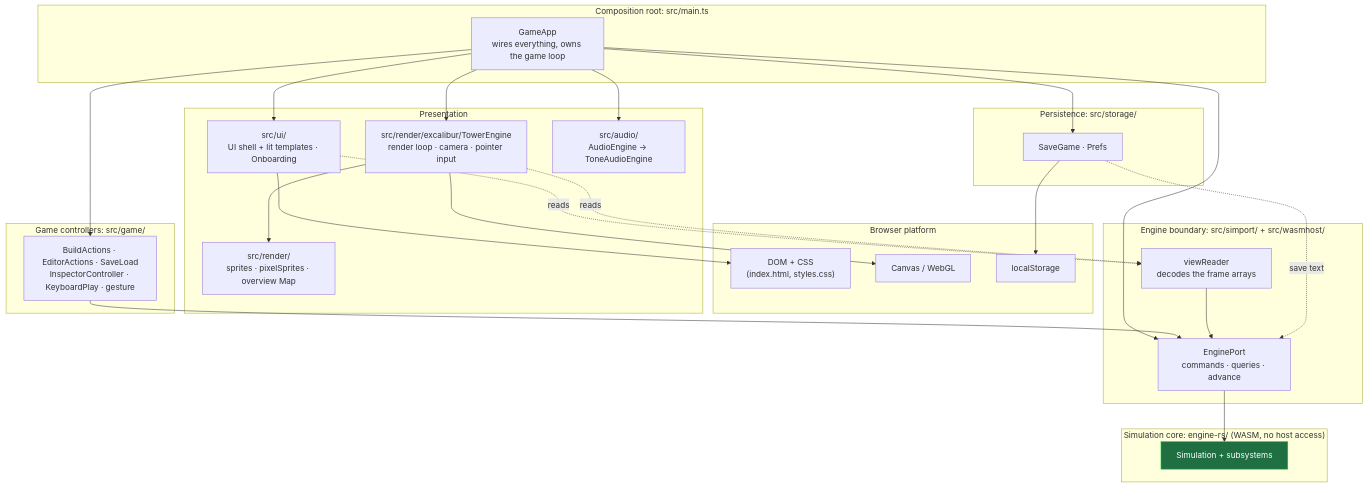
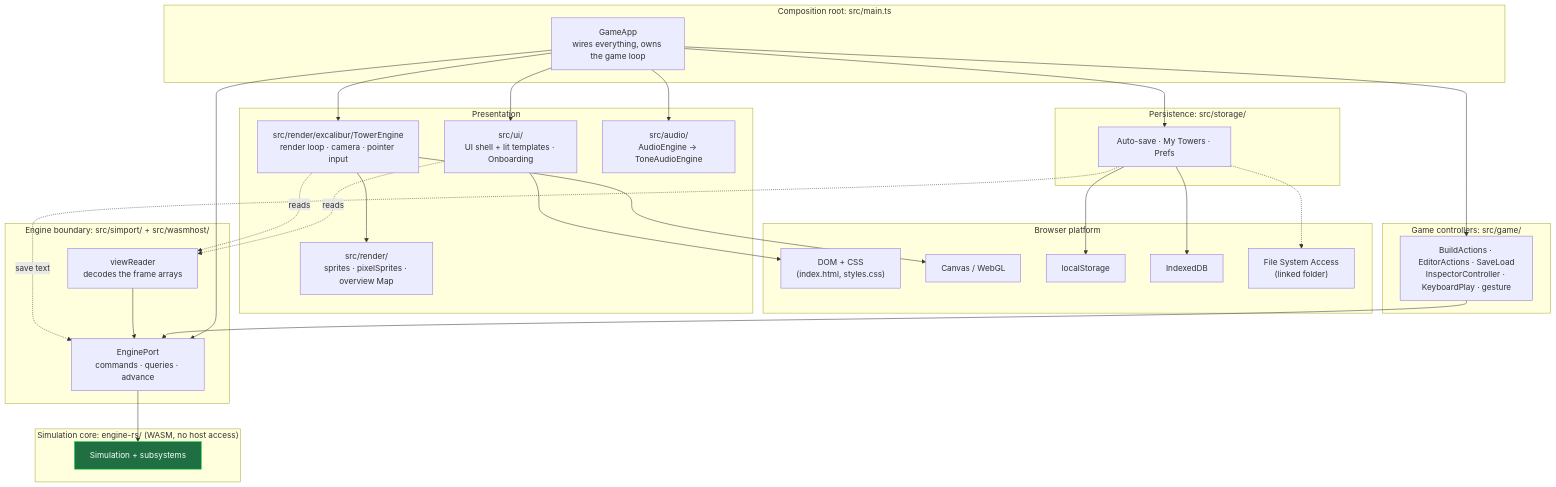
One commit to maniator/verticopolis changed the first of 7 diagrams in ARCHITECTURE.md. Above: the diagram before and after it, drawn with Mermaid. The commit also changed other lines of this file and 21 other files, not shown here.

First line of the commit message:
docs: bring contributor and architecture docs up to one engine

````diff
--- a/ARCHITECTURE.md
+++ b/ARCHITECTURE.md
@@ -63,58 +67,62 @@
 ```mermaid
 flowchart TD
     subgraph browser["Browser platform"]
         DOM["DOM + CSS<br/>(index.html, styles.css)"]
         Canvas["Canvas / WebGL"]
         LS["localStorage"]
+        IDB["IndexedDB"]
+        FSA["File System Access<br/>(linked folder)"]
     end
 
     subgraph root["Composition root: src/main.ts"]
         GameApp["GameApp<br/>wires everything, owns the game loop"]
     end
 
     subgraph controllers["Game controllers: src/game/"]
         Ctl["BuildActions · EditorActions · SaveLoad<br/>InspectorController · KeyboardPlay · gesture"]
     end
 
     subgraph view["Presentation"]
         UI["src/ui/<br/>UI shell + lit templates · Onboarding"]
         Render["src/render/<br/>sprites · pixelSprites · overview Map"]
         Scene["src/render/excalibur/TowerEngine<br/>render loop · camera · pointer input"]
         Audio["src/audio/<br/>AudioEngine → ToneAudioEngine"]
     end
 
     subgraph storage["Persistence: src/storage/"]
-        Save["SaveGame · Prefs"]
+        Save["Auto-save · My Towers · Prefs"]
     end
 
     subgraph port["Engine boundary: src/simport/ + src/wasmhost/"]
         Port["EnginePort<br/>commands · queries · advance"]
         Reader["viewReader<br/>decodes the frame arrays"]
     end
 
     subgraph engine["Simulation core: engine-rs/ (WASM, no host access)"]
         Sim["Simulation + subsystems"]
     end
 
     GameApp --> Ctl
     GameApp --> UI
     GameApp --> Scene
     GameApp --> Audio
     GameApp --> Save
     GameApp --> Port
 
     Ctl --> Port
     Port --> Sim
     Reader --> Port
     UI -. reads .-> Reader
     Scene -. reads .-> Reader
     Scene --> Render
     Save -. save text .-> Port
 
     Scene --> Canvas
     UI --> DOM
     Save --> LS
+    Save --> IDB
+    Save -.-> FSA
 
     classDef core fill:#1f6f43,stroke:#0d3,color:#fff;
     class Sim core
 ```
````
